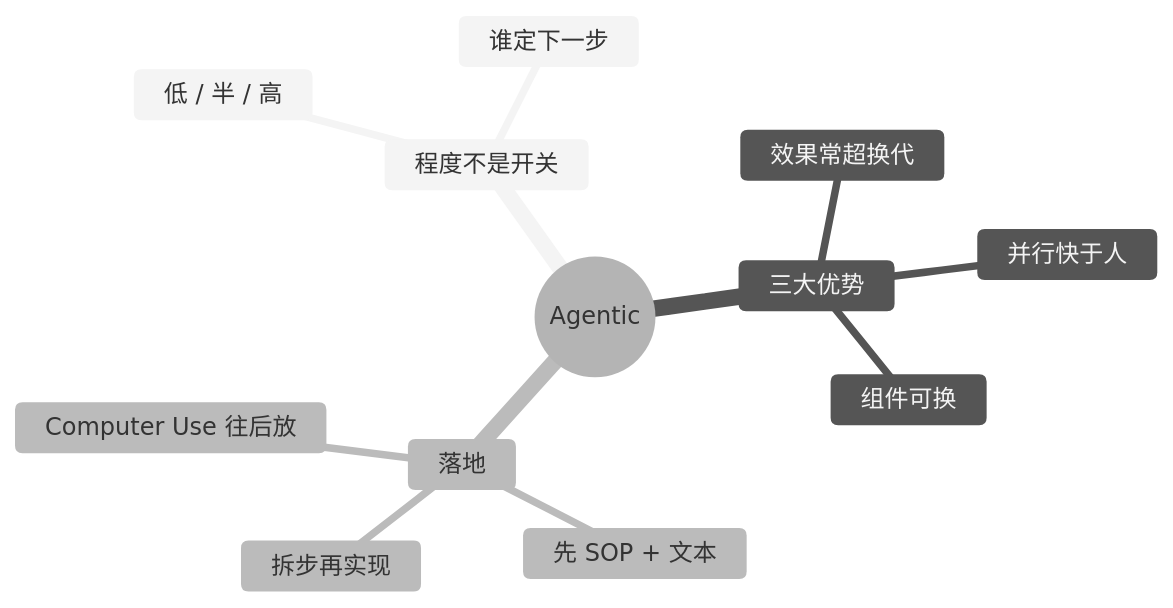
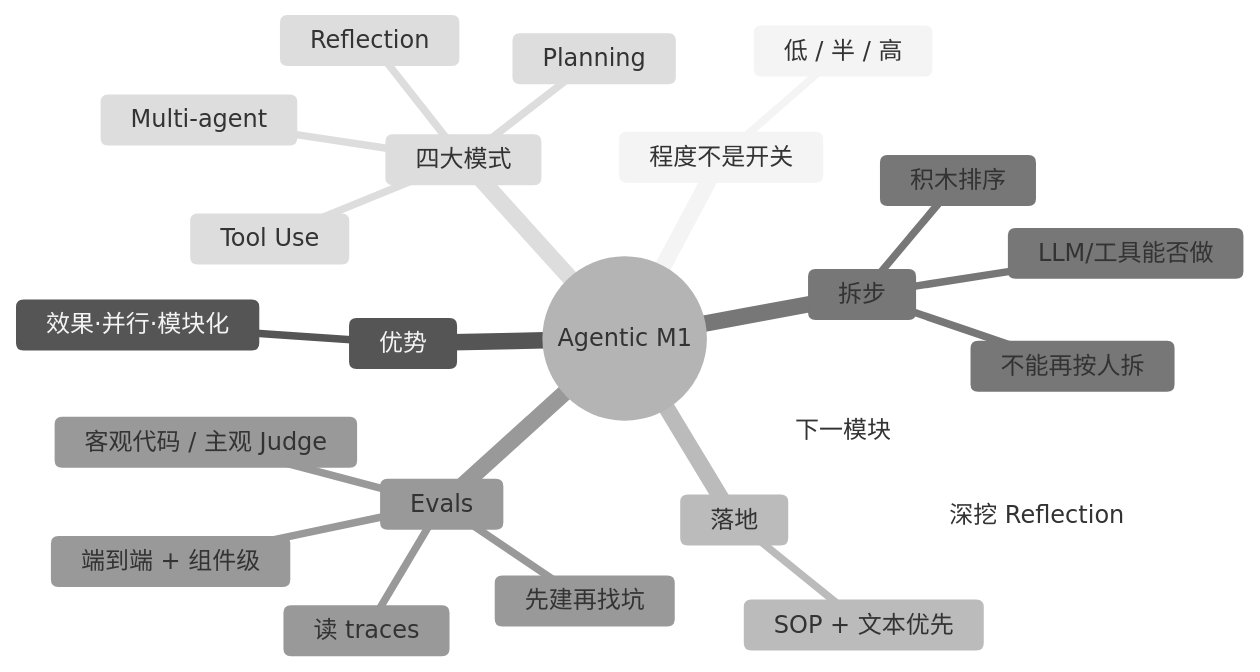
One commit to xiyan517/MyObsidian changed diagram 31 of 31 in 3 学习笔记/11_Agent/02_Agentic.md. Above: the diagram before and after it, drawn with Mermaid (neutral theme). The commit also changed other lines of this file and 4 other files, not shown here.

````diff
--- a/3 学习笔记/11_Agent/02_Agentic.md
+++ b/3 学习笔记/11_Agent/02_Agentic.md
@@ -333,15 +703,26 @@
 ```mermaid
 mindmap
-  root((Agentic))
+  root((Agentic M1))
     程度不是开关
       低 / 半 / 高
-      谁定下一步
-    三大优势
-      效果常超换代
-      并行快于人
-      组件可换
+    优势
+      效果·并行·模块化
     落地
-      先 SOP + 文本
-      拆步再实现
-      Computer Use 往后放
+      SOP + 文本优先
+    拆步
+      LLM/工具能否做
+      不能再按人拆
+      积木排序
+    Evals
+      先建再找坑
+      客观代码 / 主观 Judge
+      端到端 + 组件级
+      读 traces
+    四大模式
+      Reflection
+      Tool Use
+      Planning
+      Multi-agent
+    下一模块
+      深挖 Reflection
 ```
````
